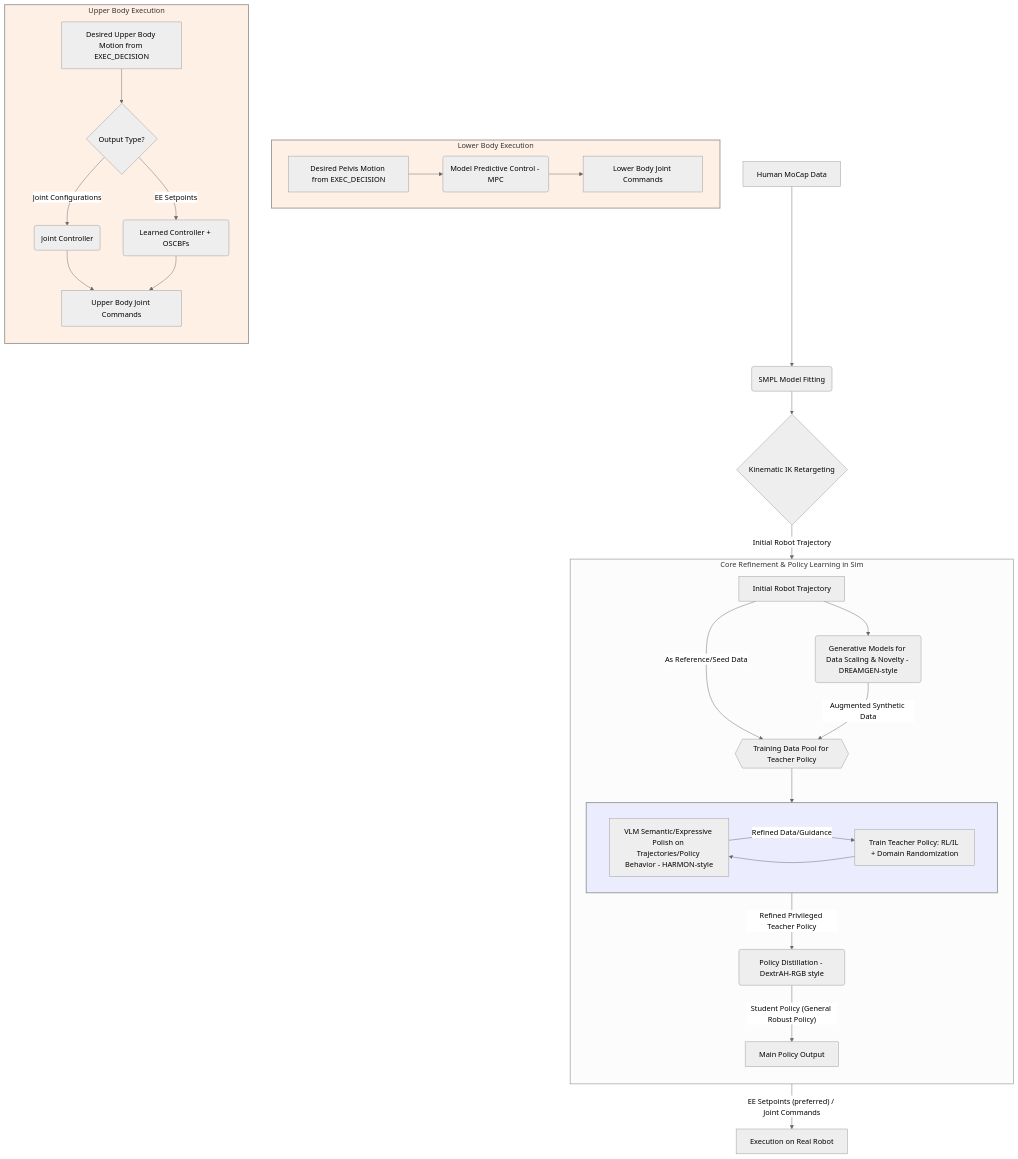
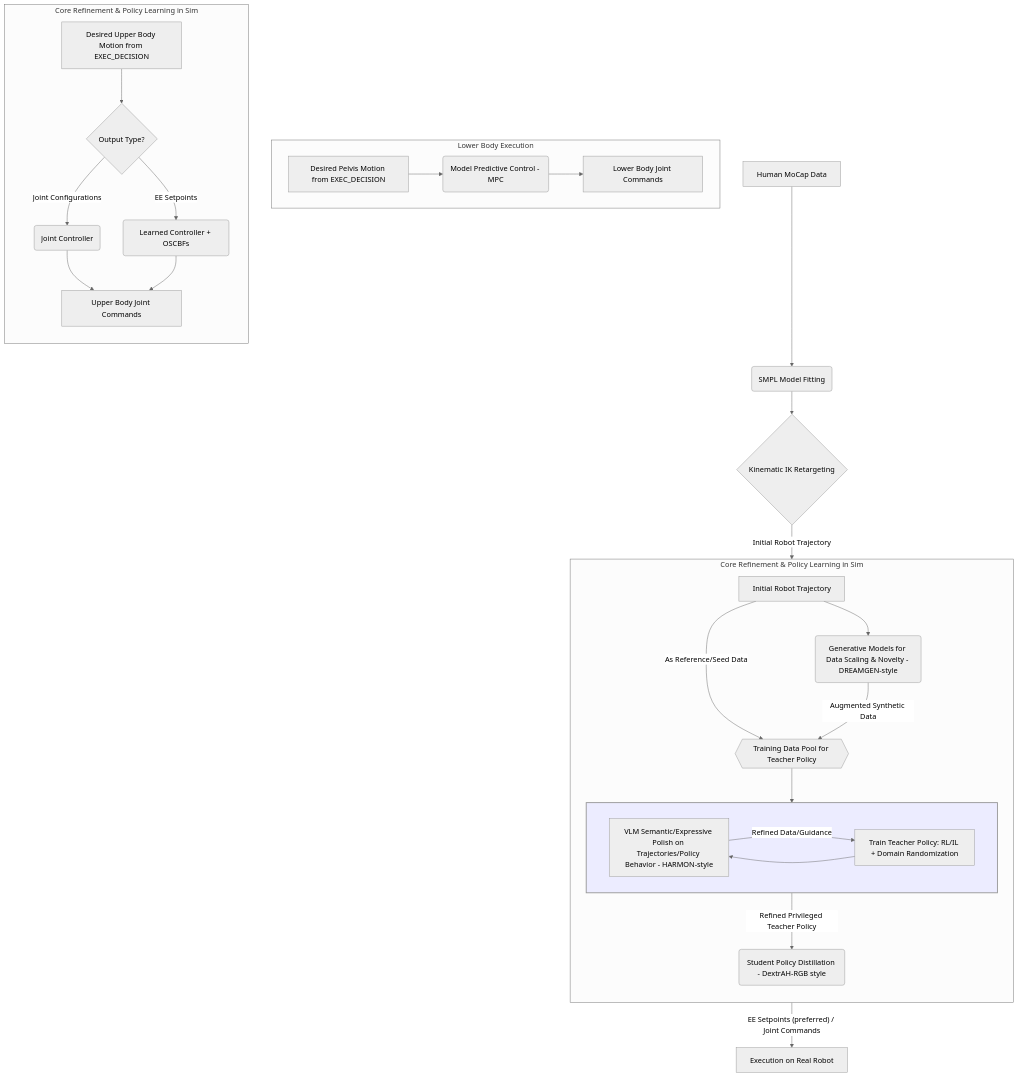
Before and after one commit to moribots/mocap_policy: the diagram in flowchart.mmd, drawn with Mermaid (neutral theme).

Commit message:
fixup! fixup! update

```diff
--- a/flowchart.mmd
+++ b/flowchart.mmd
@@ -1,108 +1,50 @@
 ---
-
 config:
-
-layout: dagre
-
+  layout: dagre
 ---
-
 flowchart TD
-
-subgraph E_Iterative_Loop[" "]
-
-direction LR
-
-E_VLM_Polish["VLM Semantic/Expressive Polish on Trajectories/Policy Behavior - HARMON-style"]
-
-E_Train_Teacher["Train Teacher Policy: RL/IL + Domain Randomization"]
-
-end
-
-subgraph Sim_Training_Pipeline["Core Refinement & Policy Learning in Sim"]
-
-direction TB
-
-E_Initial_Traj_Node["Initial Robot Trajectory"]
-
-E_DREAMGEN("Generative Models for Data Scaling & Novelty - DREAMGEN-style")
-
-
-E_Training_Data_Pool{{"Training Data Pool for Teacher Policy"}}
-
-E_Iterative_Loop
-
-E_Distill("Policy Distillation - DextrAH-RGB style")
-
-MAIN_POLICY_OUTPUT["Main Policy Output"]
-
-end
-
-subgraph F_EXEC_Lower["Lower Body Execution"]
-
-F_EXEC_L_MPC("Model Predictive Control - MPC")
-
-F_EXEC_L_Input["Desired Pelvis Motion from EXEC_DECISION"]
-
-F_EXEC_L_Cmds["Lower Body Joint Commands"]
-
-end
-
-subgraph F_EXEC_Upper["Upper Body Execution"]
-
-direction TB
-
-F_EXEC_U_Decision{"Output Type?"}
-
-F_EXEC_U_Input["Desired Upper Body Motion from EXEC_DECISION"]
-
-F_EXEC_U_JC("Joint Controller")
-
-F_EXEC_U_Cmds["Upper Body Joint Commands"]
-
-F_EXEC_U_EESC("Learned Controller + OSCBFs")
-
-end
-
-A["Human MoCap Data"] --> B("SMPL Model Fitting")
-
-B --> C{"Kinematic IK Retargeting"}
-
-C -- Initial Robot Trajectory --> E_Initial_Traj_Node
-
-E_Initial_Traj_Node --> E_DREAMGEN
-
-E_Initial_Traj_Node -- As Reference/Seed Data --> E_Training_Data_Pool
-
-E_DREAMGEN -- Augmented Synthetic Data --> E_Training_Data_Pool
-
-E_Training_Data_Pool --> E_Iterative_Loop
-
-E_Train_Teacher --> E_VLM_Polish
-
-E_VLM_Polish -- Refined Data/Guidance --> E_Train_Teacher
-
-E_Iterative_Loop -- Refined Privileged Teacher Policy --> E_Distill
-
-E_Distill -- Student Policy (General Robust Policy) --> MAIN_POLICY_OUTPUT
-
-MAIN_POLICY_OUTPUT -- EE Setpoints (preferred) / Joint Commands --> F_EXEC["Execution on Real Robot"]
-
-F_EXEC_L_Input --> F_EXEC_L_MPC
-
-F_EXEC_L_MPC --> F_EXEC_L_Cmds
-
-F_EXEC_U_Input --> F_EXEC_U_Decision
-
-F_EXEC_U_Decision -- Joint Configurations --> F_EXEC_U_JC
-
-F_EXEC_U_JC --> F_EXEC_U_Cmds
-
-F_EXEC_U_Decision -- EE Setpoints --> F_EXEC_U_EESC
-
-F_EXEC_U_EESC --> F_EXEC_U_Cmds
-
-style E_Iterative_Loop fill:#ececff,stroke:#999,stroke-width:2px
-
-style F_EXEC_Lower fill:#fff0e6,stroke:#999,stroke-width:2px
-
-style F_EXEC_Upper fill:#fff0e6,stroke:#999,stroke-width:2px
+ subgraph E_Iterative_Loop[" "]
+    direction LR
+        E_VLM_Polish["VLM Semantic/Expressive Polish on Trajectories/Policy Behavior - HARMON-style"]
+        E_Train_Teacher["Train Teacher Policy: RL/IL + Domain Randomization"]
+  end
+ subgraph Sim_Training_Pipeline["Core Refinement &amp; Policy Learning in Sim"]
+    direction TB
+        E_Initial_Traj_Node["Initial Robot Trajectory"]
+        E_DREAMGEN("Generative Models for Data Scaling & Novelty - DREAMGEN-style")
+        E_Training_Data_Pool{{"Training Data Pool for Teacher Policy"}}
+        E_Iterative_Loop
+        E_Distill("Student Policy Distillation - DextrAH-RGB style")
+  end
+ subgraph F_EXEC_Lower["Lower Body Execution"]
+        F_EXEC_L_MPC("Model Predictive Control - MPC")
+        F_EXEC_L_Input["Desired Pelvis Motion from EXEC_DECISION"]
+        F_EXEC_L_Cmds["Lower Body Joint Commands"]
+  end
+ subgraph F_EXEC_Upper["Core Refinement &amp; Policy Learning in Sim"]
+    direction TB
+        F_EXEC_U_Decision{"Output Type?"}
+        F_EXEC_U_Input["Desired Upper Body Motion from EXEC_DECISION"]
+        F_EXEC_U_JC("Joint Controller")
+        F_EXEC_U_Cmds["Upper Body Joint Commands"]
+        F_EXEC_U_EESC("Learned Controller + OSCBFs")
+  end
+    A["Human MoCap Data"] --> B("SMPL Model Fitting")
+    B --> C{"Kinematic IK Retargeting"}
+    C -- Initial Robot Trajectory --> E_Initial_Traj_Node
+    E_Initial_Traj_Node --> E_DREAMGEN
+    E_Initial_Traj_Node -- As Reference/Seed Data --> E_Training_Data_Pool
+    E_DREAMGEN -- Augmented Synthetic Data --> E_Training_Data_Pool
+    E_Training_Data_Pool --> E_Iterative_Loop
+    E_Train_Teacher --> E_VLM_Polish
+    E_VLM_Polish -- Refined Data/Guidance --> E_Train_Teacher
+    E_Iterative_Loop -- Refined Privileged Teacher Policy --> E_Distill
+    E_Distill -- EE Setpoints (preferred) / Joint Commands --> F_EXEC["Execution on Real Robot"]
+    F_EXEC_L_Input --> F_EXEC_L_MPC
+    F_EXEC_L_MPC --> F_EXEC_L_Cmds
+    F_EXEC_U_Input --> F_EXEC_U_Decision
+    F_EXEC_U_Decision -- Joint Configurations --> F_EXEC_U_JC
+    F_EXEC_U_JC --> F_EXEC_U_Cmds
+    F_EXEC_U_Decision -- EE Setpoints --> F_EXEC_U_EESC
+    F_EXEC_U_EESC --> F_EXEC_U_Cmds
+    style E_Iterative_Loop fill:#ececff,stroke:#999,stroke-width:2px
```
